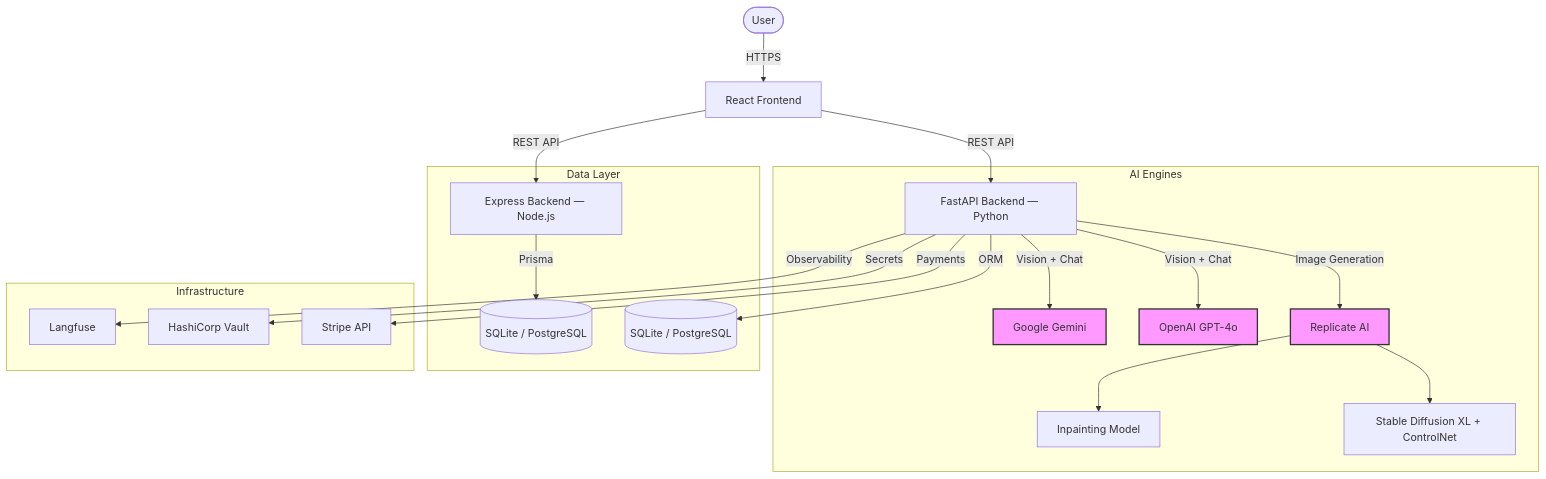
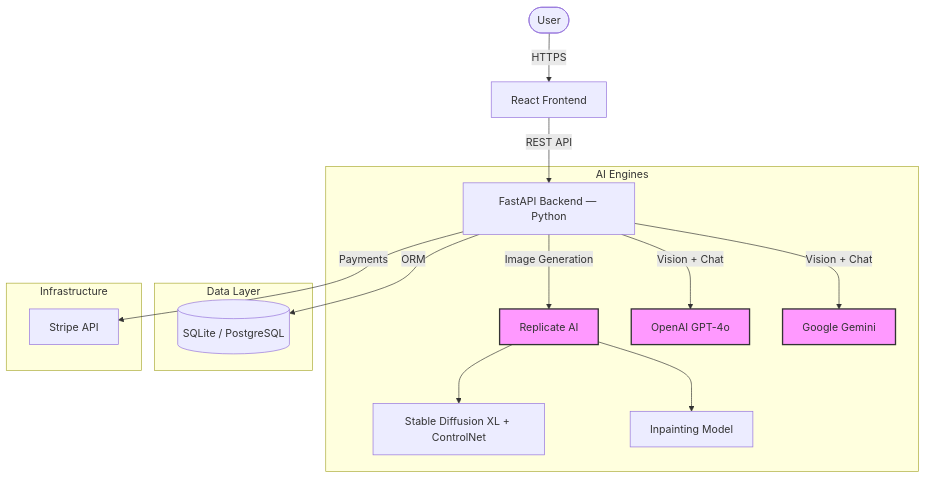
Before and after one commit to JoyBiswas1403/Designika: the diagram in README.md, drawn with Mermaid. The commit also changed other lines of this file and 47 other files, not shown here.

````diff
--- a/README.md
+++ b/README.md
@@ -42,29 +42,25 @@
 ```mermaid
 graph TD
     User([User]) -->|HTTPS| FE[React Frontend]
 
     FE -->|REST API| BE_PY[FastAPI Backend — Python]
-    FE -->|REST API| BE_NODE[Express Backend — Node.js]
 
     subgraph "AI Engines"
         BE_PY -->|Image Generation| Replicate[Replicate AI]
         BE_PY -->|Vision + Chat| OpenAI[OpenAI GPT-4o]
         BE_PY -->|Vision + Chat| Gemini[Google Gemini]
         Replicate --> SDXL[Stable Diffusion XL + ControlNet]
         Replicate --> Inpaint[Inpainting Model]
     end
 
     subgraph "Data Layer"
         BE_PY -->|ORM| SQLite[(SQLite / PostgreSQL)]
-        BE_NODE -->|Prisma| DB2[(SQLite / PostgreSQL)]
     end
 
     subgraph "Infrastructure"
         BE_PY -->|Payments| Stripe[Stripe API]
-        BE_PY -->|Secrets| Vault[HashiCorp Vault]
-        BE_PY -->|Observability| Langfuse[Langfuse]
     end
 
     classDef ai fill:#f9f,stroke:#333,stroke-width:2px;
     class OpenAI,Gemini,Replicate ai;
 ```
````
